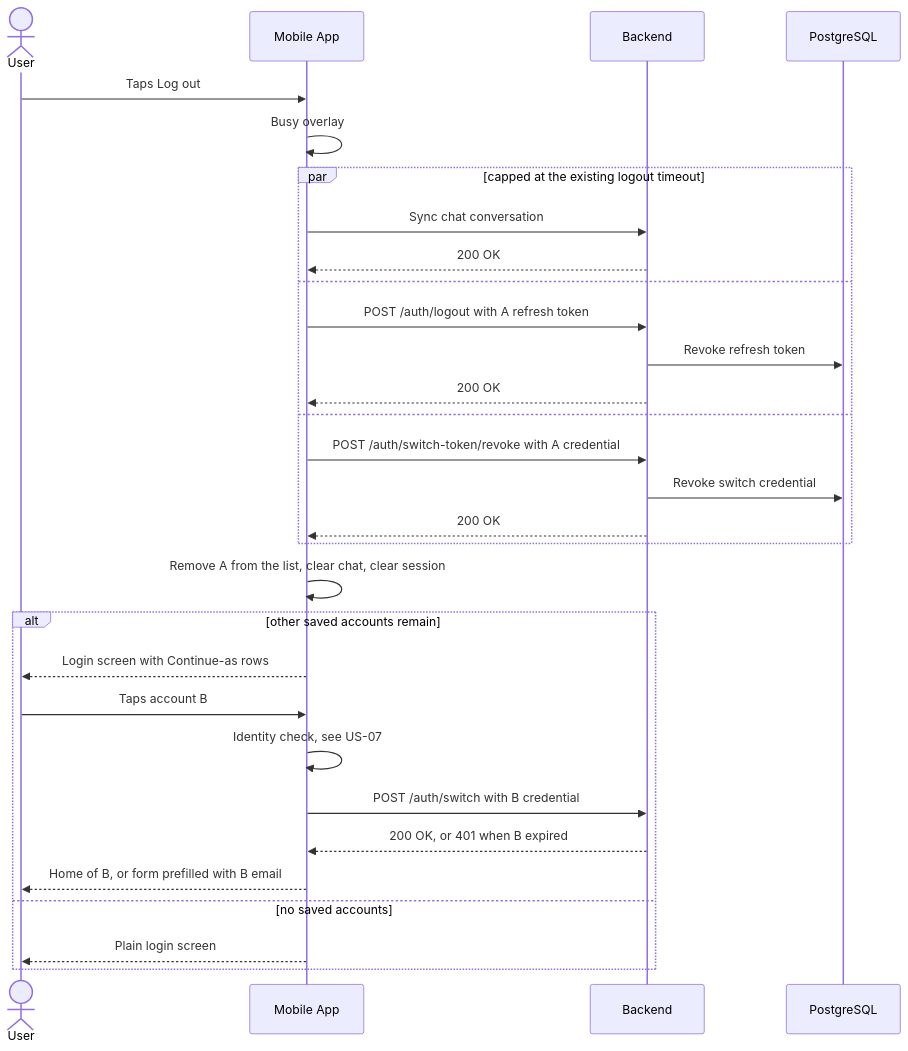
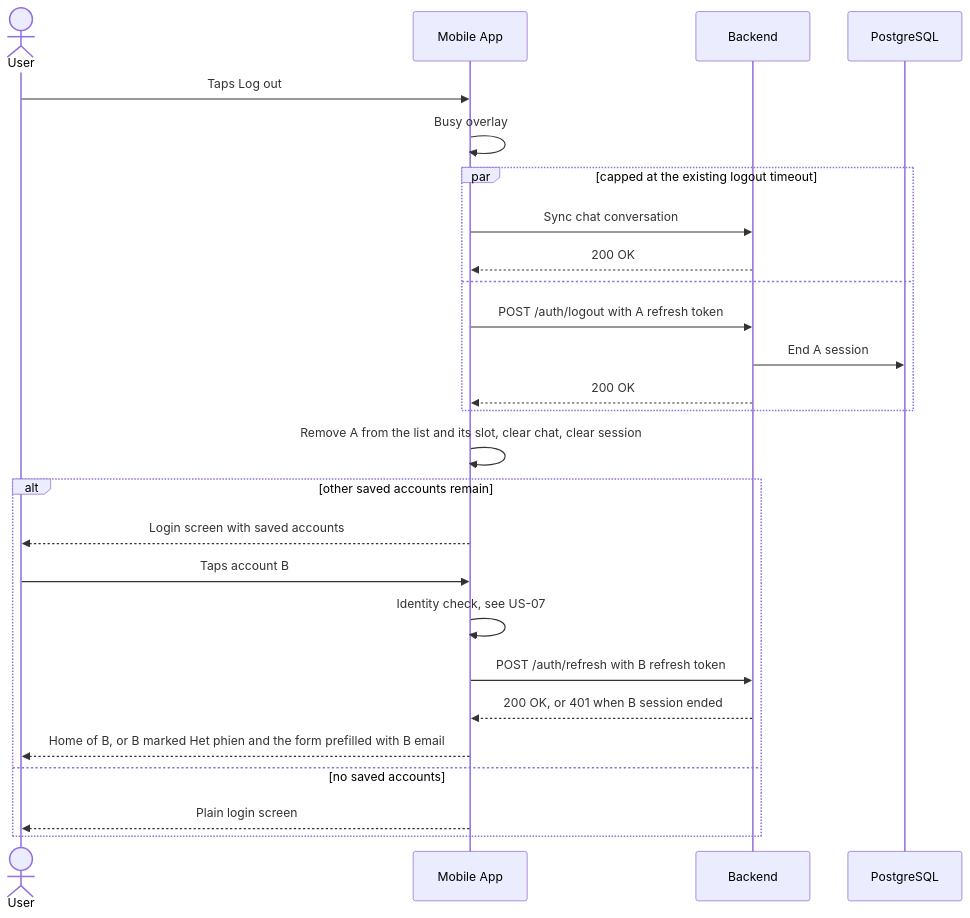
The fifth of 12 diagrams in specs/mobile-account-switch/plan.md (tommyledev-gif/pfm), drawn with Mermaid before and after one commit. The commit also changed other lines of this file and 115 other files, not shown here.

````diff
--- a/specs/mobile-account-switch/plan.md
+++ b/specs/mobile-account-switch/plan.md
@@ -395,33 +537,29 @@
 ```mermaid
 sequenceDiagram
     actor User
     participant App as Mobile App
     participant BE as Backend
     participant DB as PostgreSQL
 
     User->>App: Taps Log out
     App->>App: Busy overlay
     par capped at the existing logout timeout
         App->>BE: Sync chat conversation
         BE-->>App: 200 OK
     and
         App->>BE: POST /auth/logout with A refresh token
-        BE->>DB: Revoke refresh token
-        BE-->>App: 200 OK
-    and
-        App->>BE: POST /auth/switch-token/revoke with A credential
-        BE->>DB: Revoke switch credential
+        BE->>DB: End A session
         BE-->>App: 200 OK
     end
-    App->>App: Remove A from the list, clear chat, clear session
+    App->>App: Remove A from the list and its slot, clear chat, clear session
     alt other saved accounts remain
-        App-->>User: Login screen with Continue-as rows
+        App-->>User: Login screen with saved accounts
         User->>App: Taps account B
         App->>App: Identity check, see US-07
-        App->>BE: POST /auth/switch with B credential
-        BE-->>App: 200 OK, or 401 when B expired
-        App-->>User: Home of B, or form prefilled with B email
+        App->>BE: POST /auth/refresh with B refresh token
+        BE-->>App: 200 OK, or 401 when B session ended
+        App-->>User: Home of B, or B marked Het phien and the form prefilled with B email
     else no saved accounts
         App-->>User: Plain login screen
     end
 ```
````
